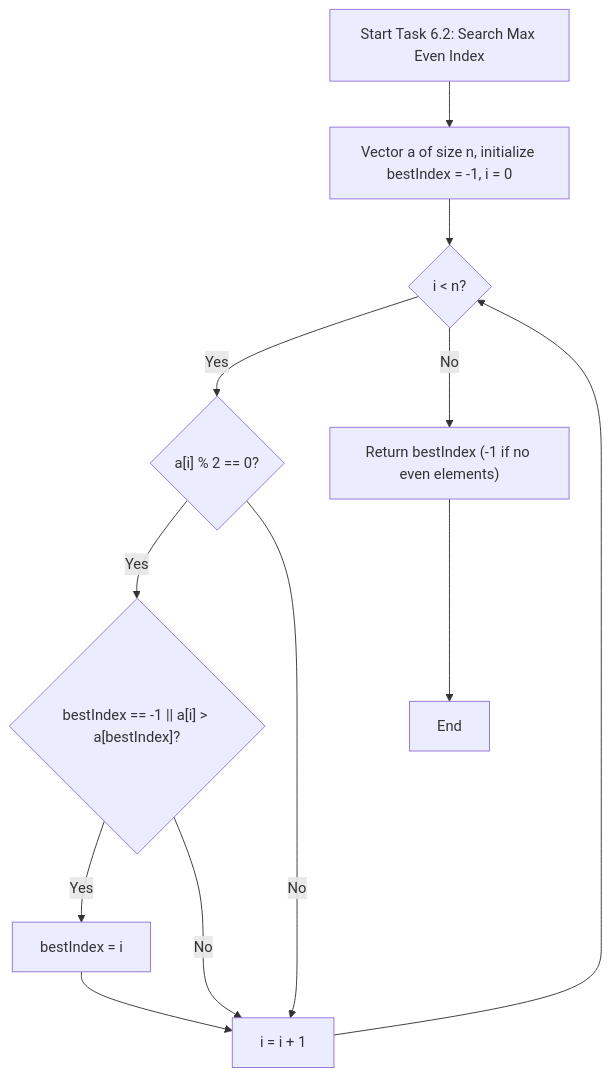
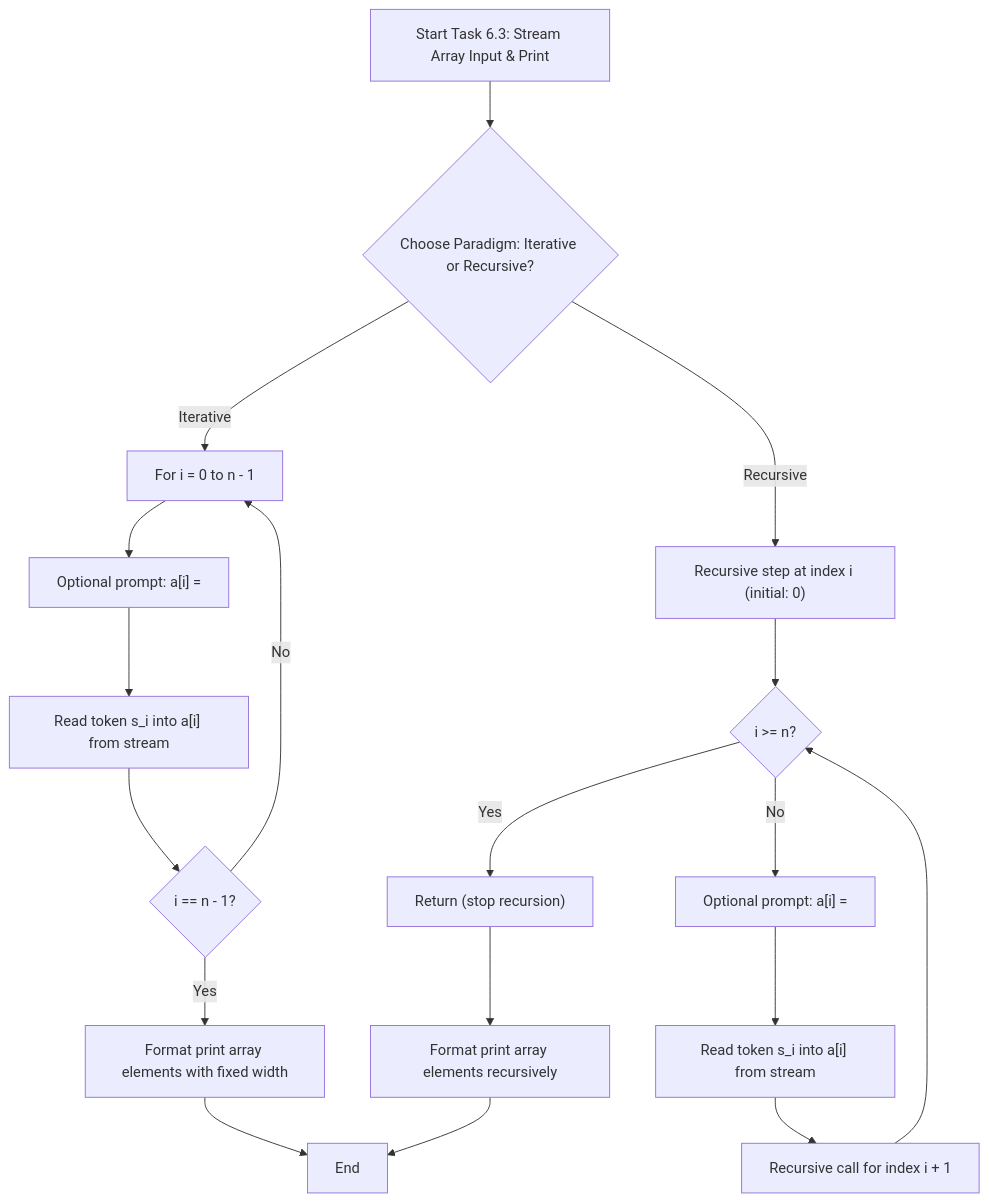
Before and after one commit to lviv-polytech/alg-cpp-labs: the first of 3 diagrams in Lb6/README.md, drawn with Mermaid. The commit also changed other lines of this file and 5 other files, not shown here.

Commit message:
feat(lab-06): implement task 6.3 array input and format printing via ordinary and template functions

````diff
--- a/Lb6/README.md
+++ b/Lb6/README.md
@@ -49,14 +55,23 @@
 ```mermaid
 flowchart TD
-    Start["Start Task 6.2: Search Max Even Index"] --> Input["Vector a of size n, initialize bestIndex = -1, i = 0"]
-    Input --> CheckEnd{"i < n?"}
-    CheckEnd -- "Yes" --> CheckEven{"a[i] % 2 == 0?"}
-    CheckEven -- "Yes" --> Compare{"bestIndex == -1 || a[i] > a[bestIndex]?"}
-    Compare -- "Yes" --> UpdateBest["bestIndex = i"]
-    Compare -- "No" --> NextStep["i = i + 1"]
-    CheckEven -- "No" --> NextStep
-    UpdateBest --> NextStep
-    NextStep --> CheckEnd
-    CheckEnd -- "No" --> Result["Return bestIndex (-1 if no even elements)"]
-    Result --> Finish["End"]
+    Start["Start Task 6.3: Stream Array Input & Print"] --> ChooseMode{"Choose Paradigm: Iterative or Recursive?"}
+    
+    ChooseMode -- "Iterative" --> ItLoop["For i = 0 to n - 1"]
+    ItLoop --> ItPrompt["Optional prompt: a[i] = "]
+    ItPrompt --> ItRead["Read token s_i into a[i] from stream"]
+    ItRead --> ItCheck{"i == n - 1?"}
+    ItCheck -- "No" --> ItLoop
+    ItCheck -- "Yes" --> ItPrint["Format print array elements with fixed width"]
+    
+    ChooseMode -- "Recursive" --> RecCall["Recursive step at index i (initial: 0)"]
+    RecCall --> BaseCase{"i >= n?"}
+    BaseCase -- "Yes" --> Terminate["Return (stop recursion)"]
+    BaseCase -- "No" --> RecPrompt["Optional prompt: a[i] = "]
+    RecPrompt --> RecRead["Read token s_i into a[i] from stream"]
+    RecRead --> RecNext["Recursive call for index i + 1"]
+    RecNext --> BaseCase
+    
+    ItPrint --> Finish["End"]
+    Terminate --> RecPrint["Format print array elements recursively"]
+    RecPrint --> Finish
 ```
````
